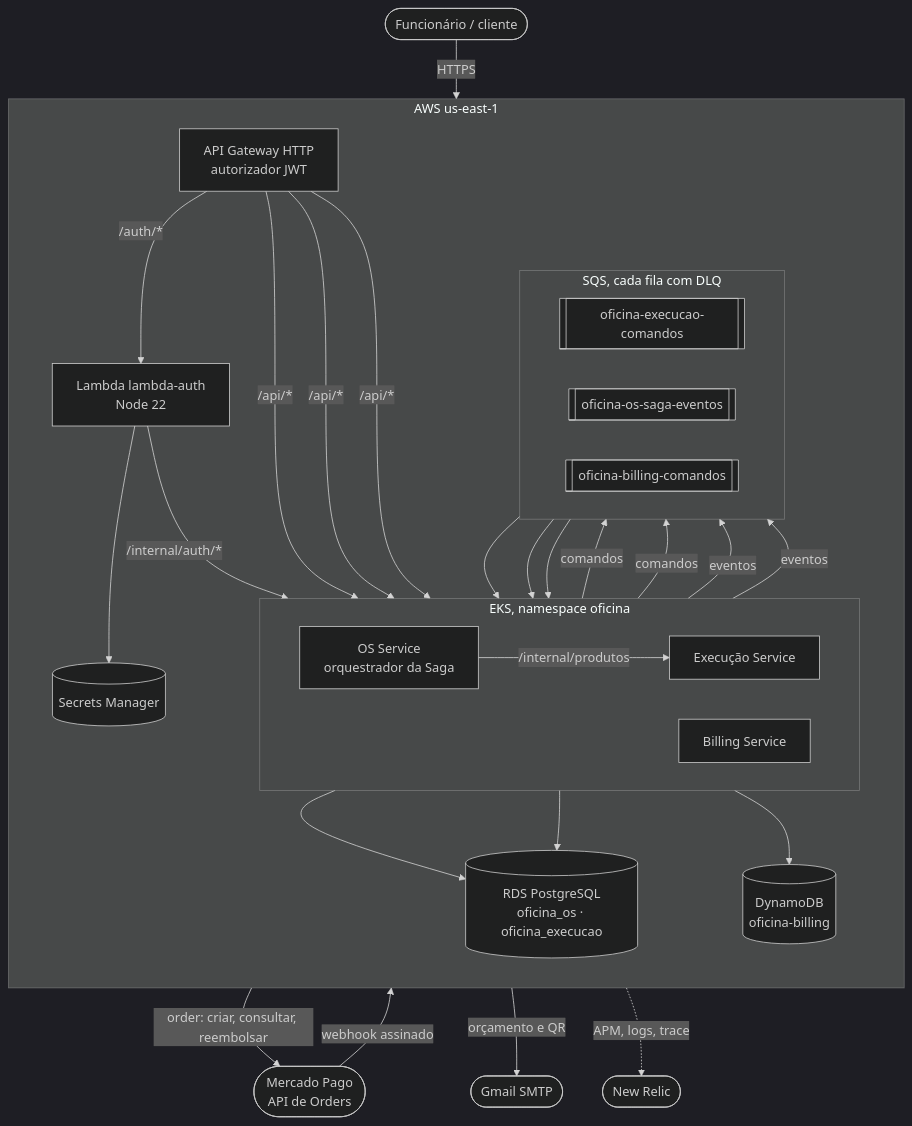
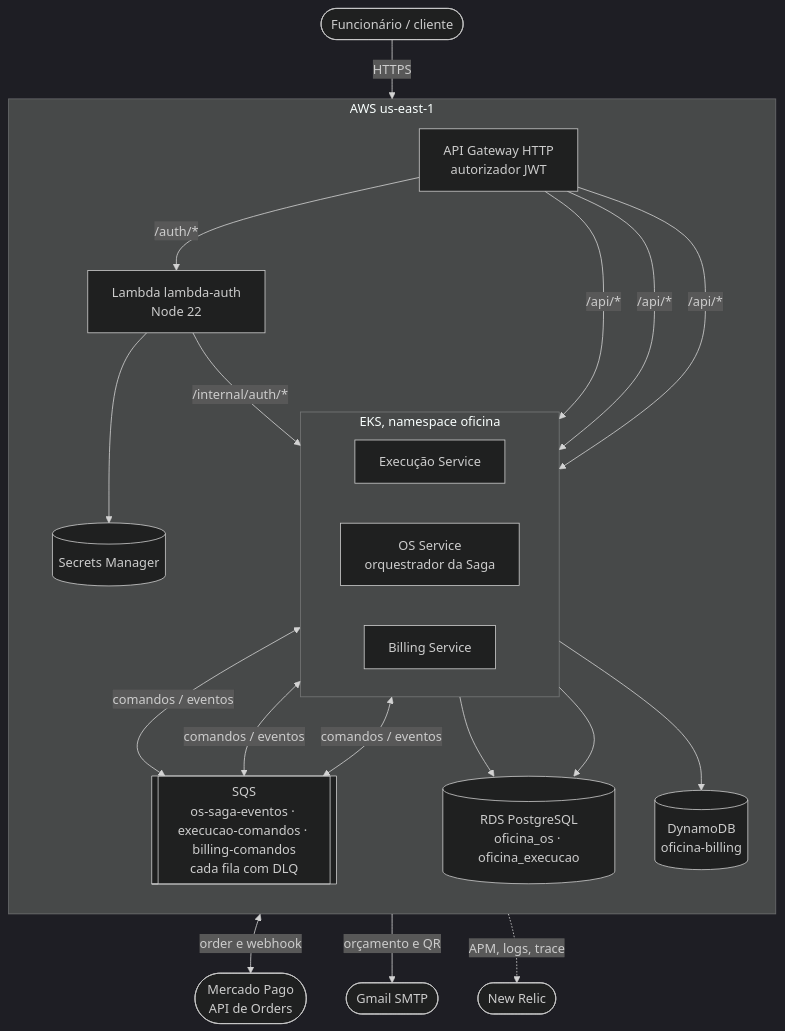
Before and after one commit to KauaAlmeidaSilveira/fiap-15soat-oficina-os: the diagram in docs/arquitetura.md, drawn with Mermaid (dark theme). The commit also changed other lines of this file, not shown here.

Commit message:
docs: reduz setas do diagrama geral

````diff
--- a/docs/arquitetura.md
+++ b/docs/arquitetura.md
@@ -9,57 +9,47 @@
 ```mermaid
 flowchart TB
     usuario(["Funcionário / cliente"])
-    mp(["Mercado Pago<br/>API de Orders"])
 
     subgraph aws["AWS us-east-1"]
         direction TB
         gw["API Gateway HTTP<br/>autorizador JWT"]
         lambda["Lambda lambda-auth<br/>Node 22"]
         secrets[("Secrets Manager")]
 
         subgraph eks["EKS, namespace oficina"]
             direction LR
             exe["Execução Service"]
             os["OS Service<br/>orquestrador da Saga"]
             bil["Billing Service"]
         end
 
-        subgraph sqs["SQS, cada fila com DLQ"]
-            direction LR
-            qexe[["oficina-execucao-comandos"]]
-            qos[["oficina-os-saga-eventos"]]
-            qbil[["oficina-billing-comandos"]]
-        end
-
+        sqs[["SQS<br/>os-saga-eventos · execucao-comandos · billing-comandos<br/>cada fila com DLQ"]]
         rds[("RDS PostgreSQL<br/>oficina_os · oficina_execucao")]
         ddb[("DynamoDB<br/>oficina-billing")]
     end
 
+    mp(["Mercado Pago<br/>API de Orders"])
     gmail(["Gmail SMTP"])
     nr(["New Relic"])
 
     usuario -->|HTTPS| gw
-    mp -->|webhook assinado| gw
     gw -->|"/auth/*"| lambda
     lambda --> secrets
     lambda -->|"/internal/auth/*"| os
+    lambda ~~~ exe
+    lambda ~~~ bil
     gw -->|"/api/*"| exe
     gw -->|"/api/*"| os
     gw -->|"/api/*"| bil
 
-    os -->|"/internal/produtos"| exe
-    os -->|comandos| qexe
-    os -->|comandos| qbil
-    qexe --> exe
-    qbil --> bil
-    exe -->|eventos| qos
-    bil -->|eventos| qos
-    qos --> os
+    exe <-->|"comandos / eventos"| sqs
+    os <-->|"comandos / eventos"| sqs
+    bil <-->|"comandos / eventos"| sqs
 
+    exe --> rds
     os --> rds
-    exe --> rds
     bil --> ddb
-    bil -->|"order: criar, consultar, reembolsar"| mp
-    bil -->|orçamento e QR| gmail
+    bil <-->|"order e webhook"| mp
+    bil -->|"orçamento e QR"| gmail
     eks -.->|"APM, logs, trace"| nr
 ```
````
